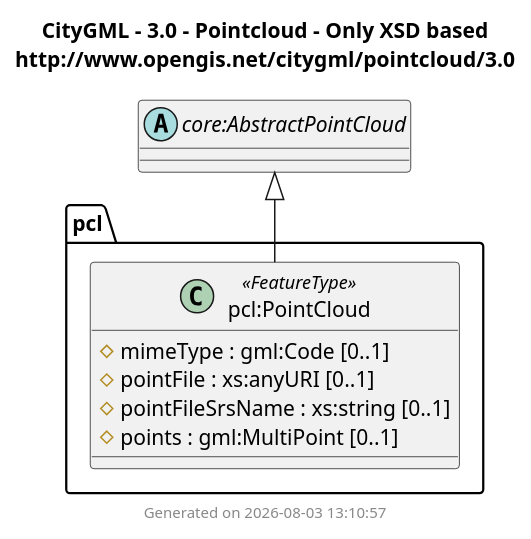
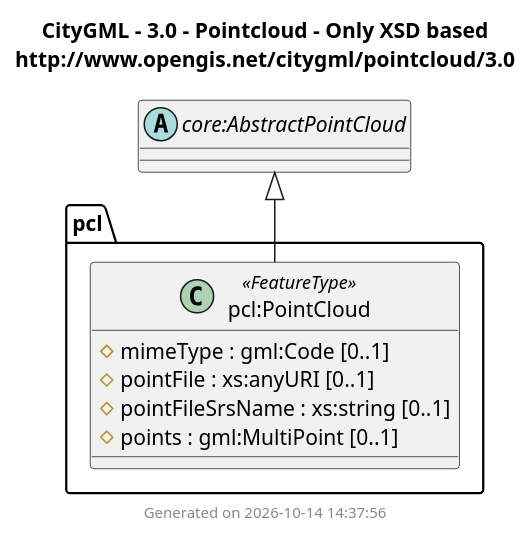
One commit to muratkendir/every-class changed the diagram in docs/output/CityGML/3.0/UMLClassDiagram/pointcloud.puml. Above: the diagram before and after it, drawn with PlantUML. The commit also changed 39 other files, not shown here.

First line of the commit message:
Add xAL 3.0 suite, PlantUML namespace-safe aliases, inlined combined diagrams, and step 10 compilations

```diff
--- a/docs/output/CityGML/3.0/UMLClassDiagram/pointcloud.puml
+++ b/docs/output/CityGML/3.0/UMLClassDiagram/pointcloud.puml
@@ -1,47 +1,47 @@
 @startuml
 title
   CityGML - 3.0 - Pointcloud - Only XSD based
   http://www.opengis.net/citygml/pointcloud/3.0
 end title
 
 package pcl {
-abstract class "pcl:ADEOfPointCloud" $adeOf
-class "pcl:ADEOfPointCloudProperty" $property $adeOf {
+abstract class "pcl:ADEOfPointCloud" as pcl_ADEOfPointCloud $adeOf
+class "pcl:ADEOfPointCloudProperty" as pcl_ADEOfPointCloudProperty $property $adeOf {
   ADEOfPointCloud : pcl:ADEOfPointCloud
 }
-class "pcl:PointCloud" <<FeatureType>> {
+class "pcl:PointCloud" as pcl_PointCloud <<FeatureType>> {
   # mimeType : gml:Code [0..1]
   # pointFile : xs:anyURI [0..1]
   # pointFileSrsName : xs:string [0..1]
   # points : gml:MultiPoint [0..1]
   ~ adeOfPointCloud : pcl:ADEOfPointCloud [0..*]
 }
-class "pcl:PointCloudProperty" $property {
+class "pcl:PointCloudProperty" as pcl_PointCloudProperty $property {
   PointCloud : pcl:PointCloud
 }
 }
 
 ' External types (unresolved namespaces)
-abstract class "core:AbstractPointCloud"
+abstract class "core:AbstractPointCloud" as core_AbstractPointCloud
 
-"core:AbstractPointCloud" <|-- "pcl:PointCloud"
+"core_AbstractPointCloud" <|-- "pcl_PointCloud"
 
 ' ADE hook classes are removed from rendering by default;
 ' remove the next line to show them.
 remove $adeOf
 
 ' Property pseudo-classes are removed from rendering by default;
 ' remove the next line to show them.
 remove $property
 
 ' ADE hook attributes are marked as package members (~ ) and
 ' hidden from rendering by default; remove the next line to show them.
 hide package members
 
 ' Attributes with value types from other namespaces are marked as
 ' protected members (# ) and shown by default; uncomment the next
 ' line to hide them.
 ' hide protected members
 
-footer Generated on 2026-08-03 13:10:57
+footer Generated on 2026-10-14 14:37:56
 @enduml
```
